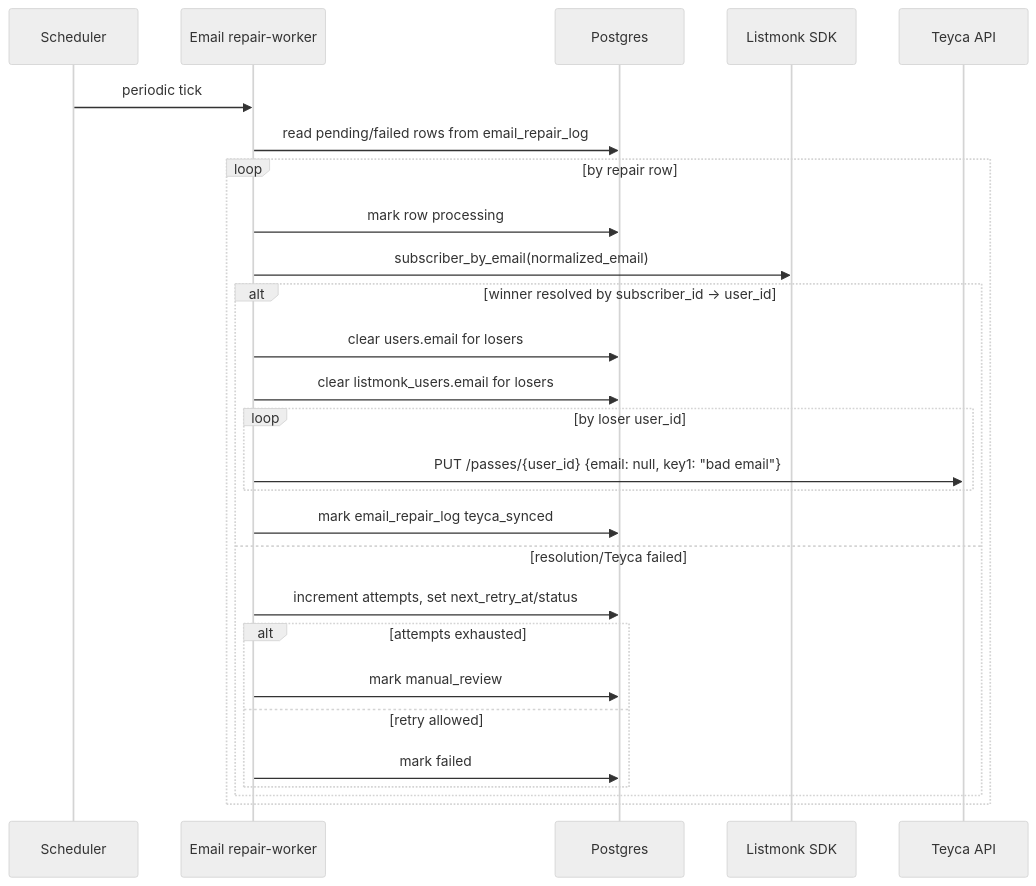
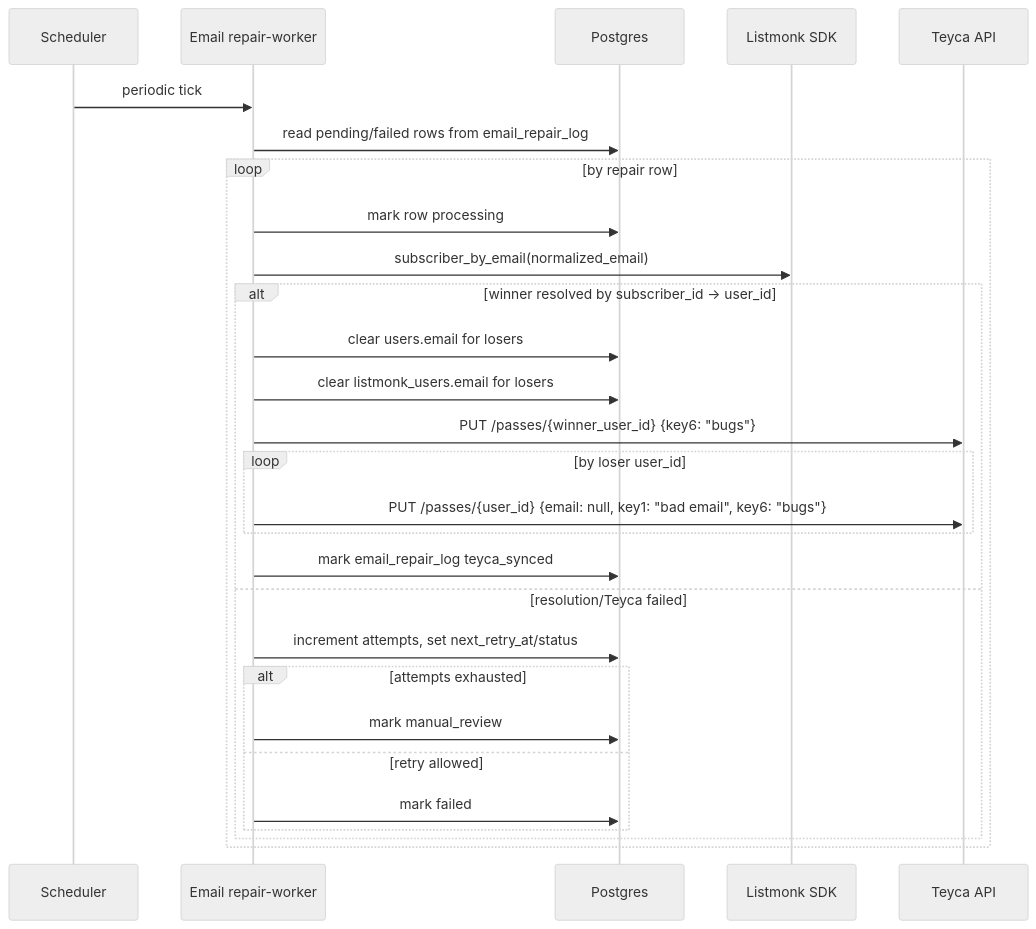
Before and after one commit to Nikita-Silent/teyca-sync: the sixth of 7 diagrams in docs/current-runtime-flow.md, drawn with Mermaid (neutral theme). The commit also changed other lines of this file and 13 other files, not shown here.

Commit message:
Add duplicate email remediation backfill and pre-check flow

````diff
--- a/docs/current-runtime-flow.md
+++ b/docs/current-runtime-flow.md
@@ -209,30 +215,31 @@
 ```mermaid
 sequenceDiagram
     participant SCH as Scheduler
     participant E as Email repair-worker
     participant DB as Postgres
     participant LM as Listmonk SDK
     participant TY as Teyca API
 
     SCH->>E: periodic tick
     E->>DB: read pending/failed rows from email_repair_log
     loop by repair row
         E->>DB: mark row processing
         E->>LM: subscriber_by_email(normalized_email)
         alt winner resolved by subscriber_id -> user_id
             E->>DB: clear users.email for losers
             E->>DB: clear listmonk_users.email for losers
+            E->>TY: PUT /passes/{winner_user_id} {key6: "bugs"}
             loop by loser user_id
-                E->>TY: PUT /passes/{user_id} {email: null, key1: "bad email"}
+                E->>TY: PUT /passes/{user_id} {email: null, key1: "bad email", key6: "bugs"}
             end
             E->>DB: mark email_repair_log teyca_synced
         else resolution/Teyca failed
             E->>DB: increment attempts, set next_retry_at/status
             alt attempts exhausted
                 E->>DB: mark manual_review
             else retry allowed
                 E->>DB: mark failed
             end
         end
     end
 ```
````
